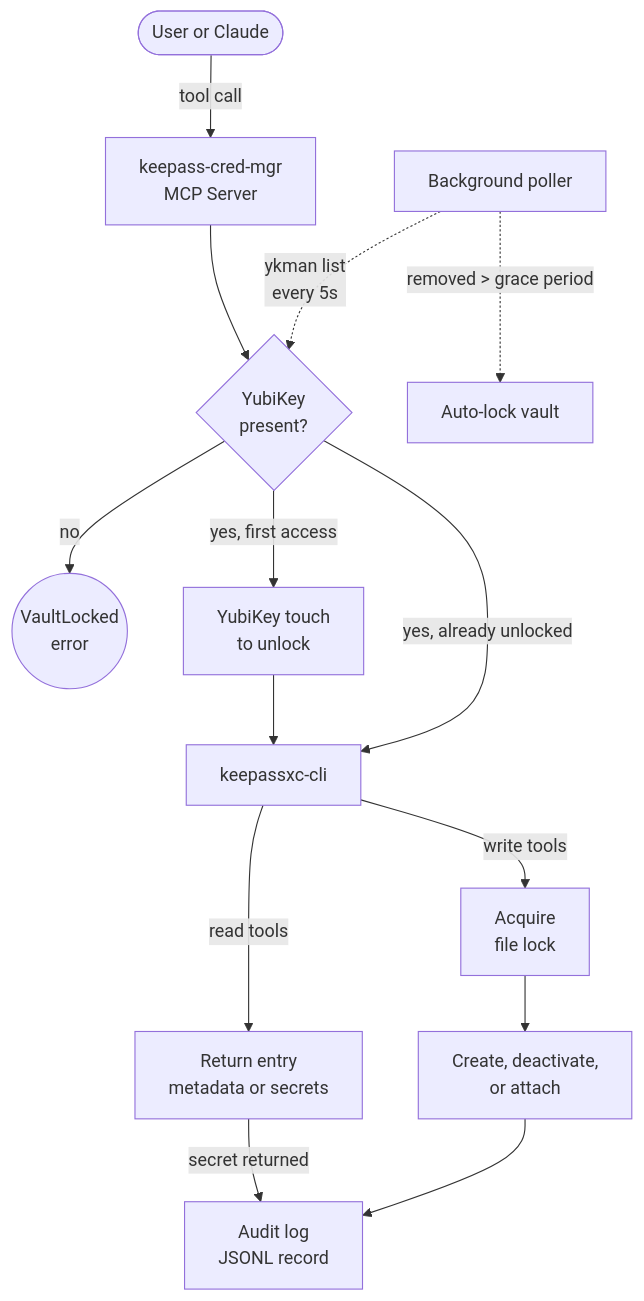
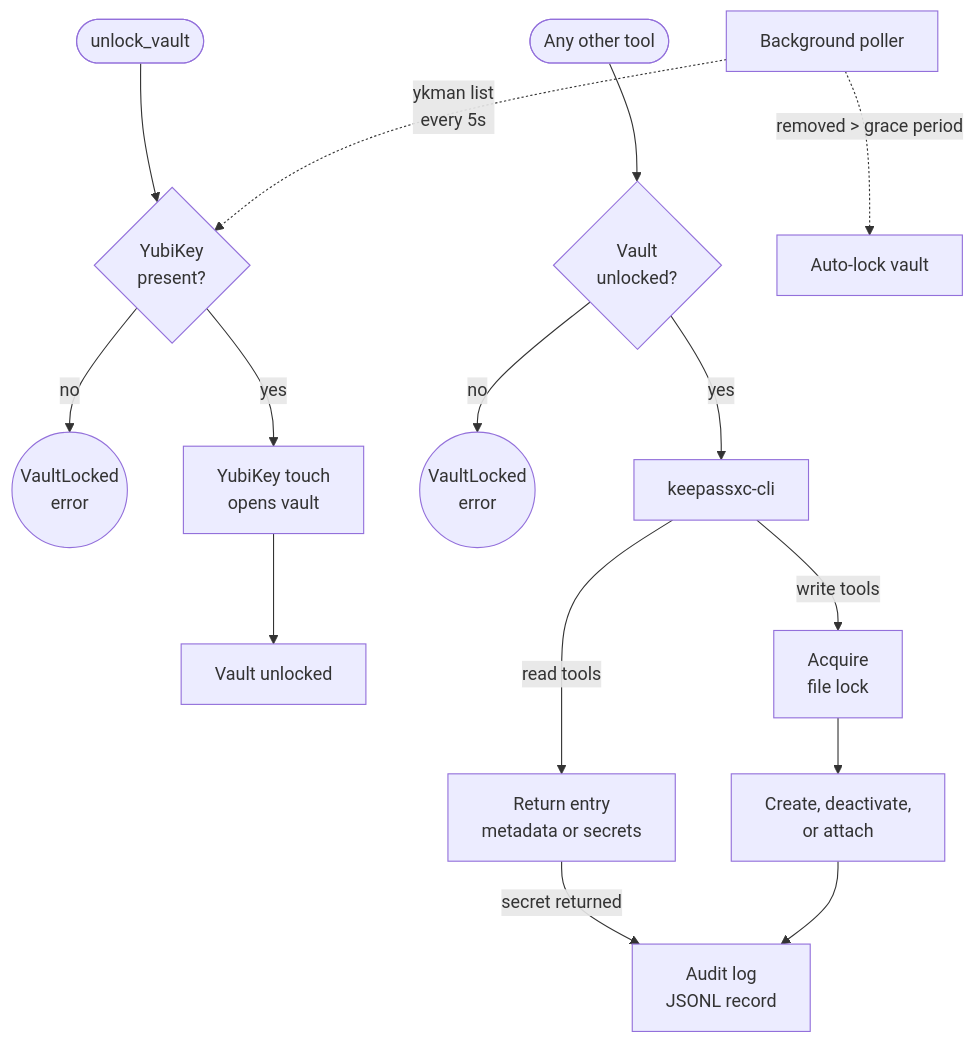
Before and after one commit to L3Digital-Net/Claude-Code-Plugins: the diagram in plugins/keepass-cred-mgr/README.md, drawn with Mermaid. The commit also changed other lines of this file and 4 other files, not shown here.

First line of the commit message:
docs(keepass-cred-mgr): v0.1.2 — unlock_vault tool, startup fix, PTH notes

````diff
--- a/plugins/keepass-cred-mgr/README.md
+++ b/plugins/keepass-cred-mgr/README.md
@@ -80,16 +75,19 @@
 ```mermaid
 flowchart TD
-    User([User or Claude]) -->|tool call| Server[keepass-cred-mgr<br/>MCP Server]
-    Server --> YK{YubiKey<br/>present?}
+    UnlockCall([unlock_vault]) --> YK{YubiKey<br/>present?}
     YK -->|no| Locked((VaultLocked<br/>error))
-    YK -->|yes, first access| Touch[YubiKey touch<br/>to unlock]
-    Touch --> Vault[keepassxc-cli]
-    YK -->|yes, already unlocked| Vault
+    YK -->|yes| Touch[YubiKey touch<br/>opens vault]
+    Touch --> Ready[Vault unlocked]
+
+    ToolCall([Any other tool]) --> Check{Vault<br/>unlocked?}
+    Check -->|no| Locked2((VaultLocked<br/>error))
+    Check -->|yes| Vault[keepassxc-cli]
     Vault -->|read tools| Read[Return entry<br/>metadata or secrets]
     Vault -->|write tools| Lock[Acquire<br/>file lock]
     Lock --> Write[Create, deactivate,<br/>or attach]
     Read -->|secret returned| Audit[Audit log<br/>JSONL record]
     Write --> Audit
+
     Poller[Background poller] -.->|ykman list<br/>every 5s| YK
     Poller -.->|removed > grace period| AutoLock[Auto-lock vault]
 ```
````
